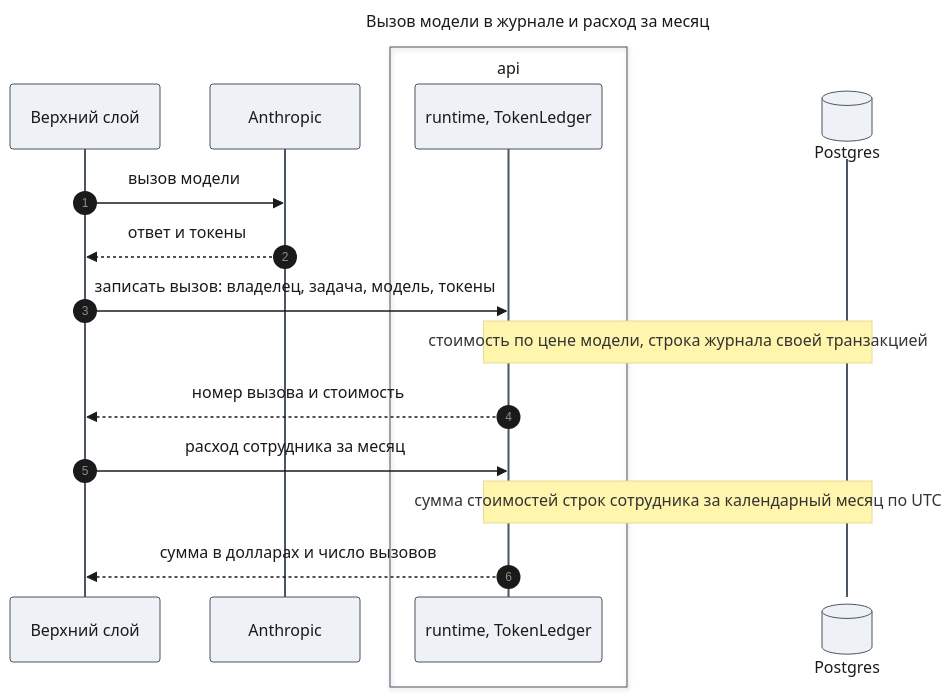
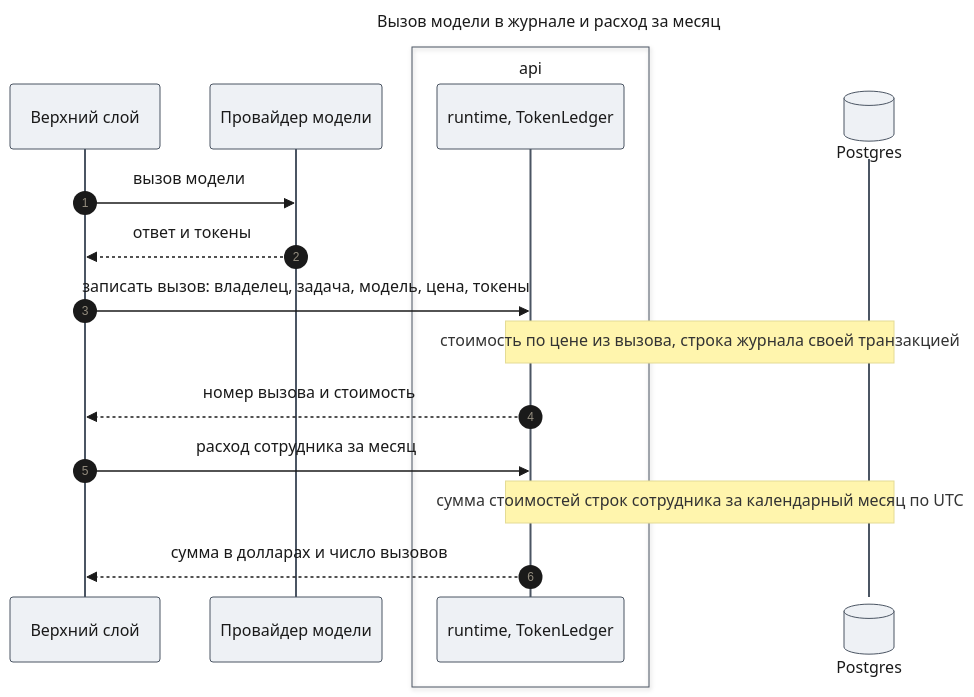
Before and after one commit to tundraray/agent-os: the tenth of 12 diagrams in docs/features/agent-platform/design-runtime.md, drawn with Mermaid. The commit also changed other lines of this file and 1225 other files, not shown here.

````diff
--- a/docs/features/agent-platform/design-runtime.md
+++ b/docs/features/agent-platform/design-runtime.md
@@ -686,38 +653,38 @@
 ```mermaid
 ---
 title: "Вызов модели в журнале и расход за месяц"
 config:
   theme: base
   look: classic
   themeVariables:
     primaryColor: "#eef1f5"
     primaryBorderColor: "#4b5563"
     primaryTextColor: "#1a1a1a"
     lineColor: "#6b7280"
   themeCSS: |
     @keyframes lit_f5{0%,15%{stroke:#991b1b;stroke-width:6px}16.667%,100%{stroke:#37474f;stroke-width:2px}}
     @keyframes litr_f5{0%,15%{stroke:#1d4ed8;stroke-width:6px}16.667%,100%{stroke:#37474f;stroke-width:2px}}
     .messageLine0[data-id='i1'],.messageLine1[data-id='i1']{animation:lit_f5 7.2s linear 0s infinite}
     .messageLine0[data-id='i2'],.messageLine1[data-id='i2']{animation:litr_f5 7.2s linear 1.2s infinite}
     .messageLine0[data-id='i3'],.messageLine1[data-id='i3']{animation:lit_f5 7.2s linear 2.4s infinite}
     .messageLine0[data-id='i5'],.messageLine1[data-id='i5']{animation:litr_f5 7.2s linear 3.6s infinite}
     .messageLine0[data-id='i6'],.messageLine1[data-id='i6']{animation:litr_f5 7.2s linear 4.8s infinite}
     .messageLine0[data-id='i8'],.messageLine1[data-id='i8']{animation:litr_f5 7.2s linear 6s infinite}
 ---
 sequenceDiagram
     autonumber
     participant S as Верхний слой
-    participant M as Anthropic
+    participant M as Провайдер модели
     box api
     participant A as runtime, TokenLedger
     end
     participant DB@{ "type": "database" } as Postgres
     S->>M: вызов модели
     M-->>S: ответ и токены
-    S->>A: записать вызов: владелец, задача, модель, токены
-    Note over A,DB: стоимость по цене модели, строка журнала своей транзакцией
+    S->>A: записать вызов: владелец, задача, модель, цена, токены
+    Note over A,DB: стоимость по цене из вызова, строка журнала своей транзакцией
     A-->>S: номер вызова и стоимость
     S->>A: расход сотрудника за месяц
     Note over A,DB: сумма стоимостей строк сотрудника за календарный месяц по UTC
     A-->>S: сумма в долларах и число вызовов
 ```
````
